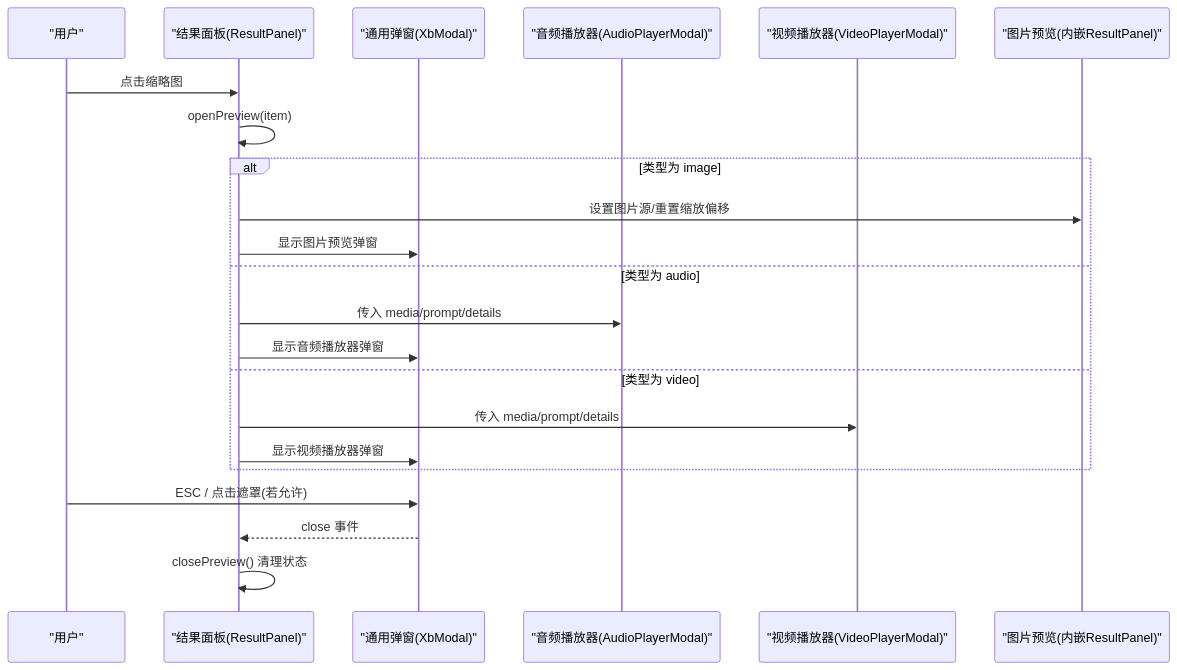
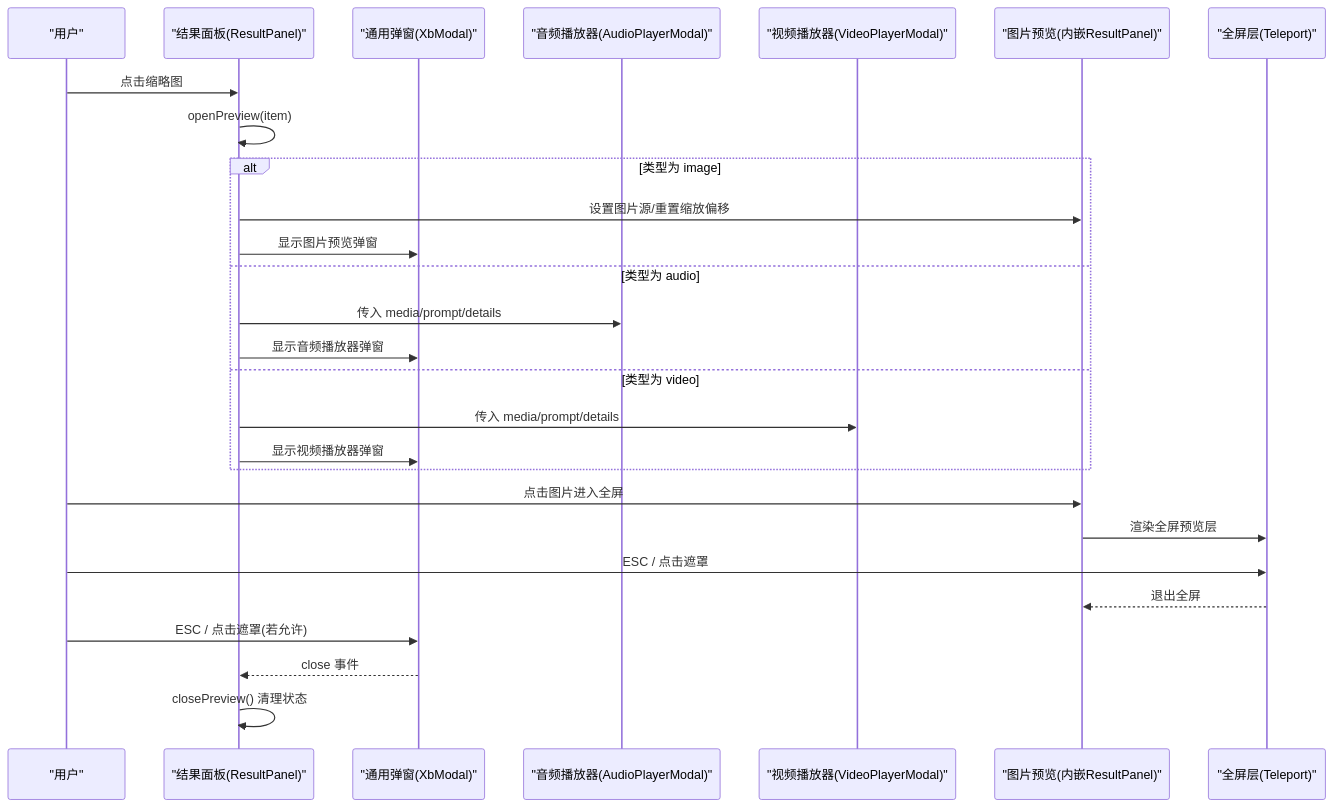
Before and after one commit to cyu100235/lingjing-ai: the second of 8 diagrams in .qoder/repowiki/zh/content/前端开发/页面组件/资产管理页面/资产预览模态框.md, drawn with Mermaid. The commit also changed other lines of this file and 14 other files, not shown here.

First line of the commit message:
docs(repoviki): 重构资产预览模态框图片全屏功能

````diff
--- a/.qoder/repowiki/zh/content/前端开发/页面组件/资产管理页面/资产预览模态框.md
+++ b/.qoder/repowiki/zh/content/前端开发/页面组件/资产管理页面/资产预览模态框.md
@@ -72,24 +81,29 @@
 ```mermaid
 sequenceDiagram
 participant U as "用户"
 participant RP as "结果面板(ResultPanel)"
 participant XB as "通用弹窗(XbModal)"
 participant A as "音频播放器(AudioPlayerModal)"
 participant V as "视频播放器(VideoPlayerModal)"
 participant I as "图片预览(内嵌ResultPanel)"
+participant TF as "全屏层(Teleport)"
 U->>RP : 点击缩略图
 RP->>RP : openPreview(item)
 alt 类型为 image
 RP->>I : 设置图片源/重置缩放偏移
 RP->>XB : 显示图片预览弹窗
 else 类型为 audio
 RP->>A : 传入 media/prompt/details
 RP->>XB : 显示音频播放器弹窗
 else 类型为 video
 RP->>V : 传入 media/prompt/details
 RP->>XB : 显示视频播放器弹窗
 end
+U->>I : 点击图片进入全屏
+I->>TF : 渲染全屏预览层
+U->>TF : ESC / 点击遮罩
+TF-->>I : 退出全屏
 U->>XB : ESC / 点击遮罩(若允许)
 XB-->>RP : close 事件
 RP->>RP : closePreview() 清理状态
 ```
````
